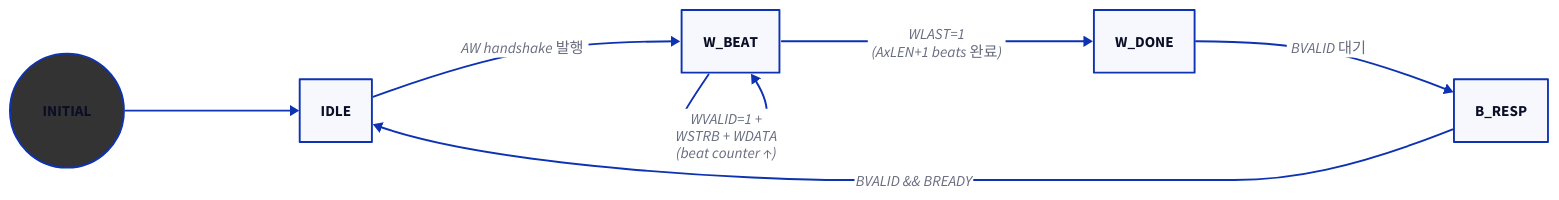
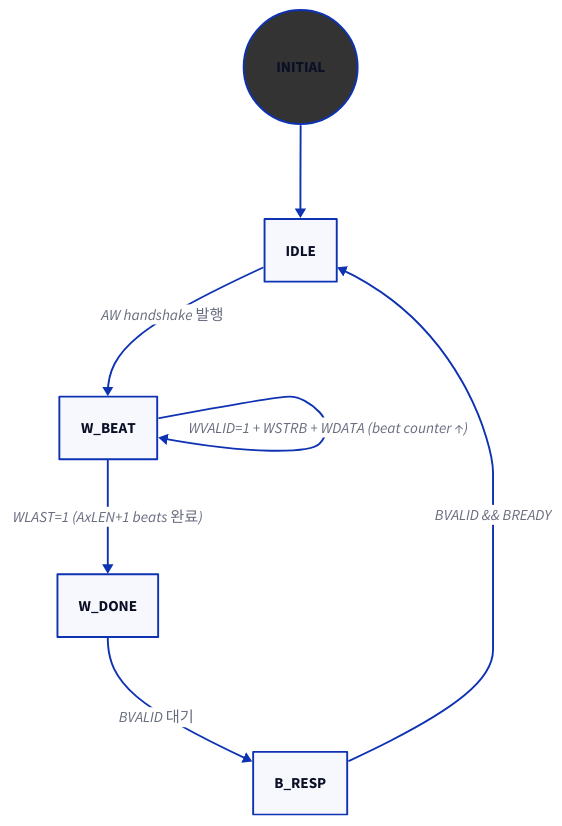
Before and after one commit to humbleowl39/DV_SKOOL: the second of 2 diagrams in topics/amba_protocols/docs/02_axi.md, drawn with D2. The commit also changed 90 other files, not shown here.

First line of the commit message:
docs: 전 토픽 다이어그램 정비 — ASCII→D2, mermaid→D2, 과대 D2 가시성 수정

````diff
--- a/topics/amba_protocols/docs/02_axi.md
+++ b/topics/amba_protocols/docs/02_axi.md
@@ -297,11 +297,11 @@
 ```d2
-direction: right
+direction: down
 
 INITIAL { shape: circle; style.fill: "#333" }
 INITIAL -> IDLE
 IDLE -> W_BEAT: "AW handshake 발행"
-W_BEAT -> W_BEAT: "WVALID=1 +\nWSTRB + WDATA\n(beat counter ↑)"
-W_BEAT -> W_DONE: "WLAST=1\n(AxLEN+1 beats 완료)"
+W_BEAT -> W_BEAT: "WVALID=1 + WSTRB + WDATA (beat counter ↑)"
+W_BEAT -> W_DONE: "WLAST=1 (AxLEN+1 beats 완료)"
 W_DONE -> B_RESP: "BVALID 대기"
 B_RESP -> IDLE: "BVALID && BREADY"
 ```
````
